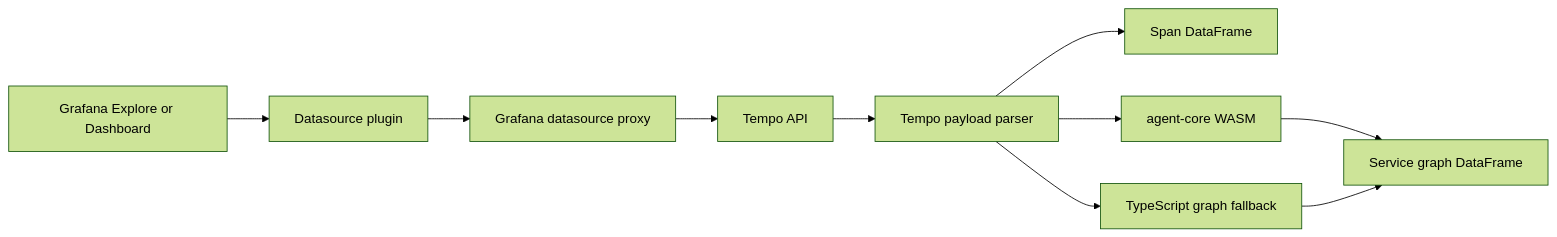
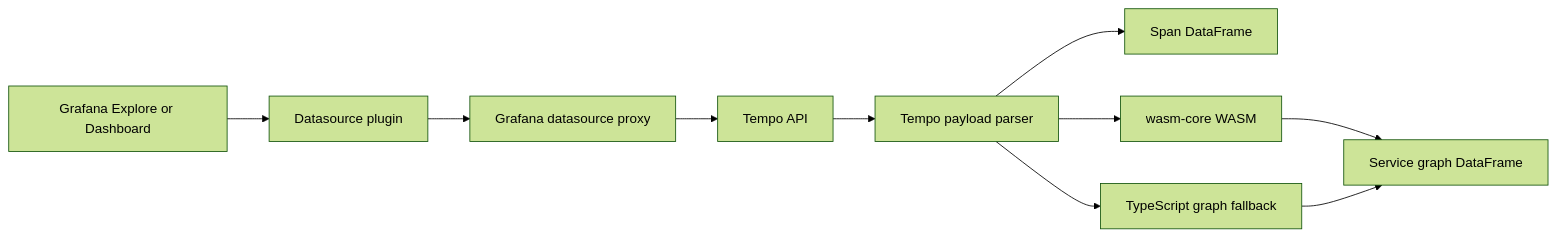
The diagram in docs/ARCHITECTURE.md (vaduga/mapgl-ds), drawn with Mermaid (forest theme) before and after one commit. The commit also changed other lines of this file and 18 other files, not shown here.

Commit message:
refactor: rename analysis core to wasm-core

````diff
--- a/docs/ARCHITECTURE.md
+++ b/docs/ARCHITECTURE.md
@@ -7,12 +7,12 @@
 ```mermaid
 flowchart LR
   Grafana[Grafana Explore or Dashboard] --> DataSource[Datasource plugin]
   DataSource --> Proxy[Grafana datasource proxy]
   Proxy --> Tempo[Tempo API]
   Tempo --> Parser[Tempo payload parser]
   Parser --> SpanFrame[Span DataFrame]
-  Parser --> Wasm[agent-core WASM]
+  Parser --> Wasm[wasm-core WASM]
   Wasm --> GraphFrame[Service graph DataFrame]
   Parser --> Fallback[TypeScript graph fallback]
   Fallback --> GraphFrame
 ```
````
